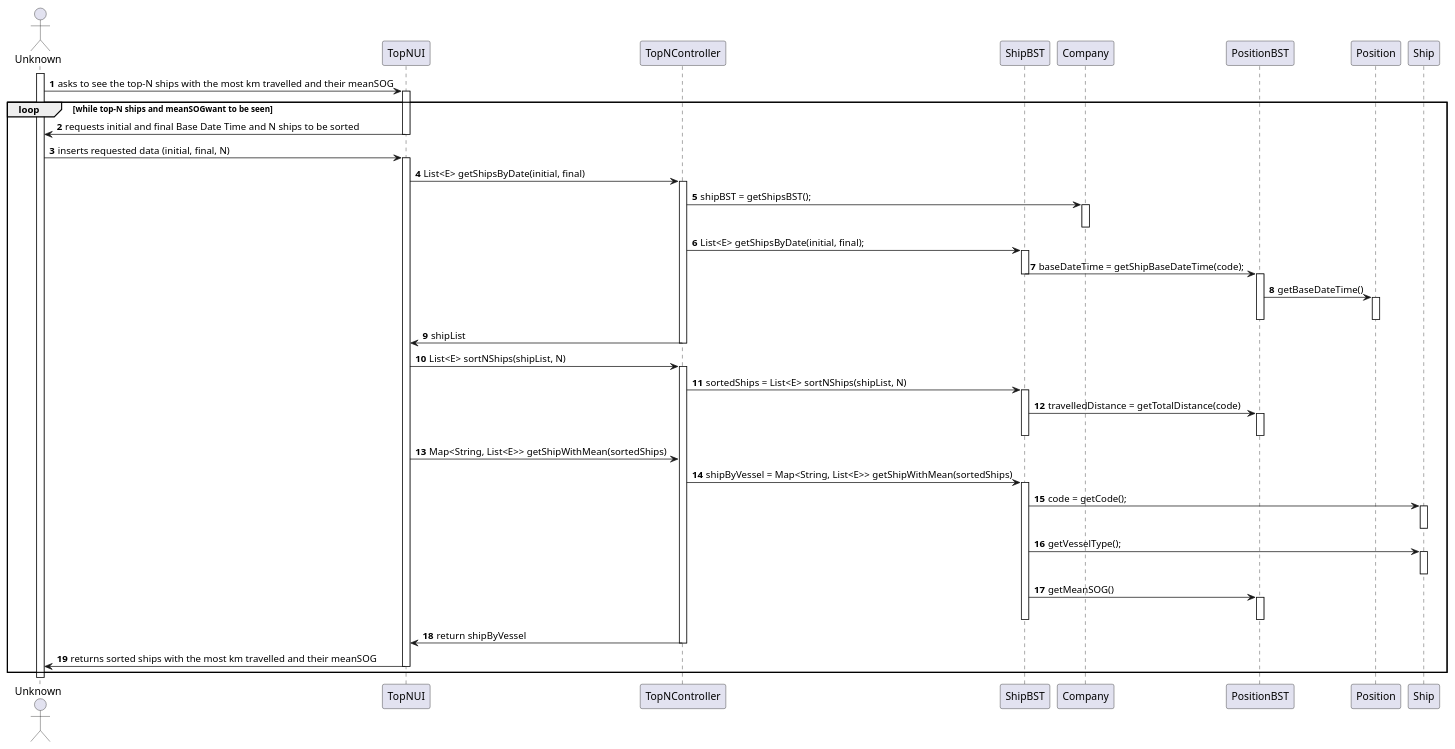
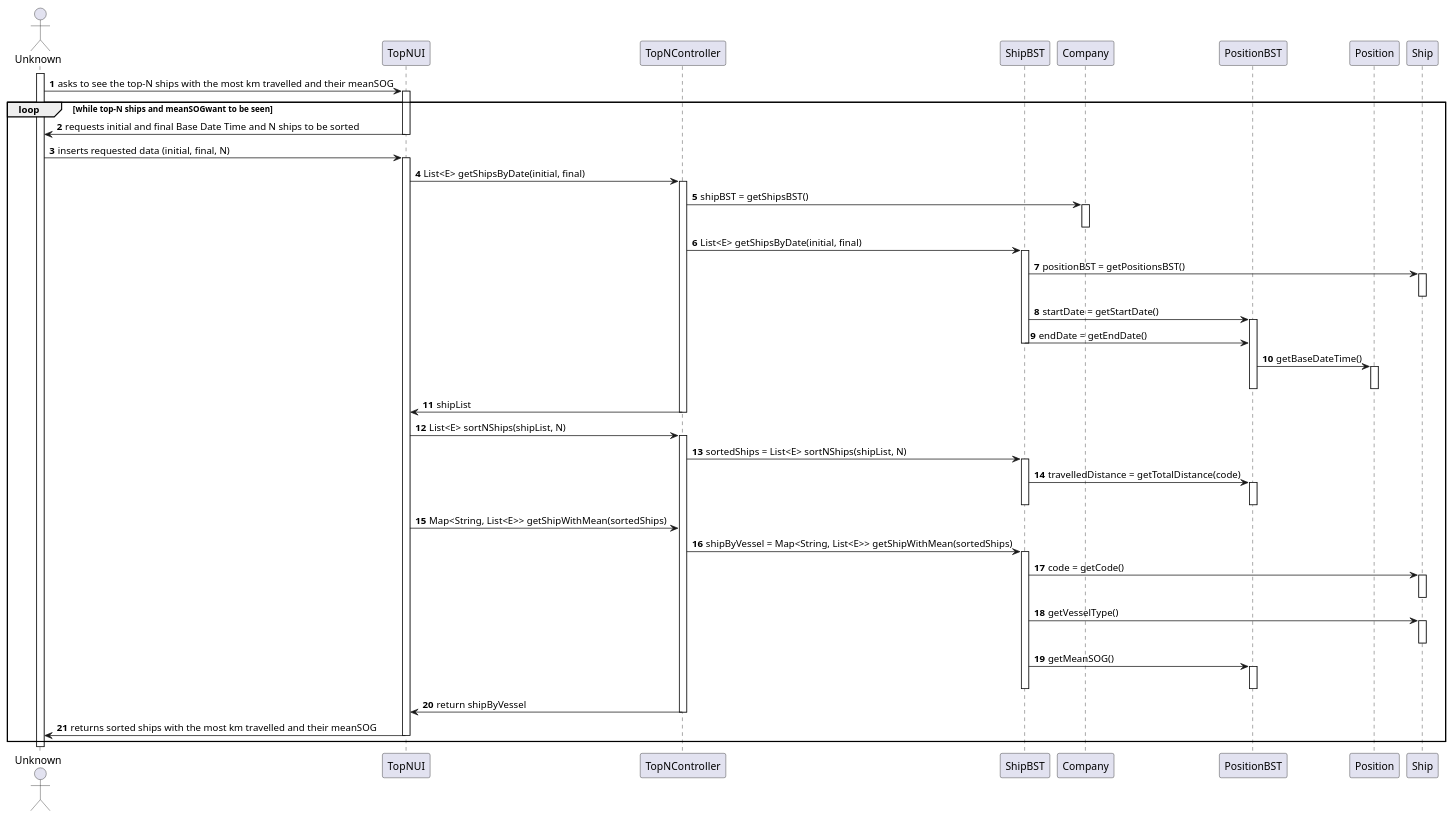
The diagram in docs/US106/US106_SD.puml (ana-albergaria/LAPR3-ISEP), drawn with PlantUML before and after one commit. The commit also changed 1 other file, not shown here.

```diff
--- a/docs/US106/US106_SD.puml
+++ b/docs/US106/US106_SD.puml
@@ -1,69 +1,75 @@
 @startuml
 autonumber
 'hide footbox
 actor "Unknown" as ADM
 
 participant "TopNUI" as UI
 participant "TopNController" as CTRL
 participant "ShipBST" as STORE
 participant "Company" as COMP
 participant "PositionBST" as BST
 participant "Position" as POS
 participant "Ship" as SHIP
 
 
 activate ADM
 ADM -> UI : asks to see the top-N ships with the most km travelled and their meanSOG
 activate UI
 loop while top-N ships and meanSOGwant to be seen
 UI -> ADM : requests initial and final Base Date Time and N ships to be sorted
 deactivate UI
 
 ADM -> UI : inserts requested data (initial, final, N)
 activate UI
 UI -> CTRL : List<E> getShipsByDate(initial, final)
 activate CTRL
-CTRL -> COMP : shipBST = getShipsBST();
+CTRL -> COMP : shipBST = getShipsBST()
 activate COMP
 deactivate COMP
-CTRL -> STORE : List<E> getShipsByDate(initial, final);
+CTRL -> STORE : List<E> getShipsByDate(initial, final)
 activate STORE
-STORE -> BST : baseDateTime = getShipBaseDateTime(code);
+STORE -> SHIP : positionBST = getPositionsBST()
+
+activate SHIP
+deactivate SHIP
+STORE -> BST : startDate = getStartDate()
+activate BST
+STORE -> BST : endDate = getEndDate()
 deactivate STORE
-activate BST
 BST -> POS : getBaseDateTime()
 activate POS
+deactivate BST
 deactivate POS
-deactivate BST
+
 CTRL -> UI : shipList
 deactivate CTRL
 
 UI -> CTRL : List<E> sortNShips(shipList, N)
 activate CTRL
 CTRL -> STORE : sortedShips = List<E> sortNShips(shipList, N)
 activate STORE
 STORE -> BST : travelledDistance = getTotalDistance(code)
 activate BST
 deactivate BST
 deactivate STORE
 UI -> CTRL : Map<String, List<E>> getShipWithMean(sortedShips)
 CTRL -> STORE : shipByVessel = Map<String, List<E>> getShipWithMean(sortedShips)
 activate STORE
-STORE -> SHIP : code = getCode();
+STORE -> SHIP : code = getCode()
 activate SHIP
 deactivate SHIP
-STORE -> SHIP : getVesselType();
+STORE -> SHIP : getVesselType()
 activate SHIP
 deactivate SHIP
 STORE -> BST : getMeanSOG()
 activate BST
 deactivate BST
 deactivate STORE
 CTRL -> UI : return shipByVessel
 deactivate CTRL
 UI -> ADM : returns sorted ships with the most km travelled and their meanSOG
 deactivate UI
 end
 deactivate ADM
 
 @enduml
```
